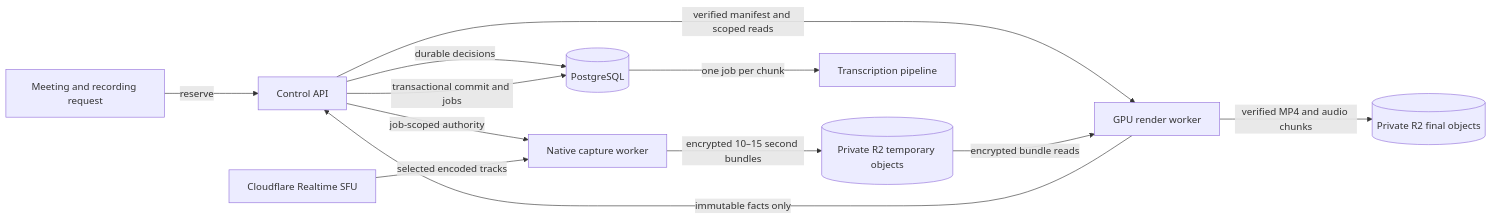
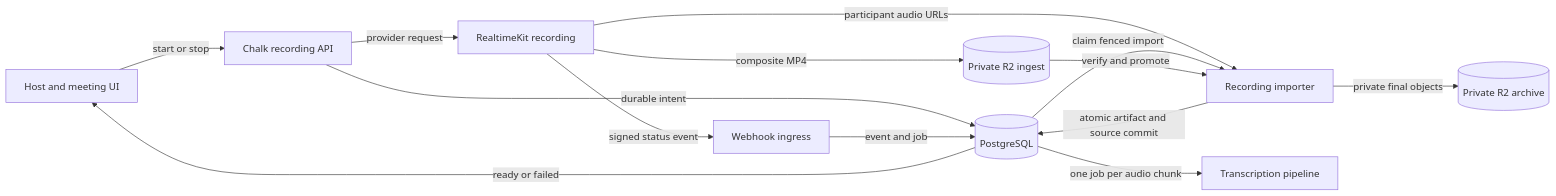
Before and after one commit to Q9Labs/chalk: the diagram in scratchpad/chalk-recorder-system-guided-spec-2026-07-14.md, drawn with Mermaid. The commit also changed other lines of this file and 7 other files, not shown here.

````diff
--- a/scratchpad/chalk-recorder-system-guided-spec-2026-07-14.md
+++ b/scratchpad/chalk-recorder-system-guided-spec-2026-07-14.md
@@ -59,14 +104,16 @@
 ```mermaid
 flowchart LR
-  Person["Meeting and recording request"] -->|reserve| Control["Control API"]
-  Control -->|durable decisions| Database[("PostgreSQL")]
-  Control -->|job-scoped authority| Capture["Native capture worker"]
-  Cloudflare["Cloudflare Realtime SFU"] -->|selected encoded tracks| Capture
-  Capture -->|encrypted 10–15 second bundles| Temporary[("Private R2 temporary objects")]
-  Control -->|verified manifest and scoped reads| Render["GPU render worker"]
-  Temporary -->|encrypted bundle reads| Render
-  Render -->|verified MP4 and audio chunks| Final[("Private R2 final objects")]
-  Render -->|immutable facts only| Control
-  Control -->|transactional commit and jobs| Database
-  Database -->|one job per chunk| Transcript["Transcription pipeline"]
+  Host["Host and meeting UI"] -->|start or stop| API["Chalk recording API"]
+  API -->|durable intent| DB[(PostgreSQL)]
+  API -->|provider request| RTK["RealtimeKit recording"]
+  RTK -->|composite MP4| Ingest[(Private R2 ingest)]
+  RTK -->|signed status event| Hook["Webhook ingress"]
+  RTK -->|participant audio URLs| Import["Recording importer"]
+  Hook -->|event and job| DB
+  DB -->|claim fenced import| Import
+  Ingest -->|verify and promote| Import
+  Import -->|atomic artifact and source commit| DB
+  Import -->|private final objects| Final[(Private R2 archive)]
+  DB -->|one job per audio chunk| Transcript["Transcription pipeline"]
+  DB -->|ready or failed| Host
 ```
````
